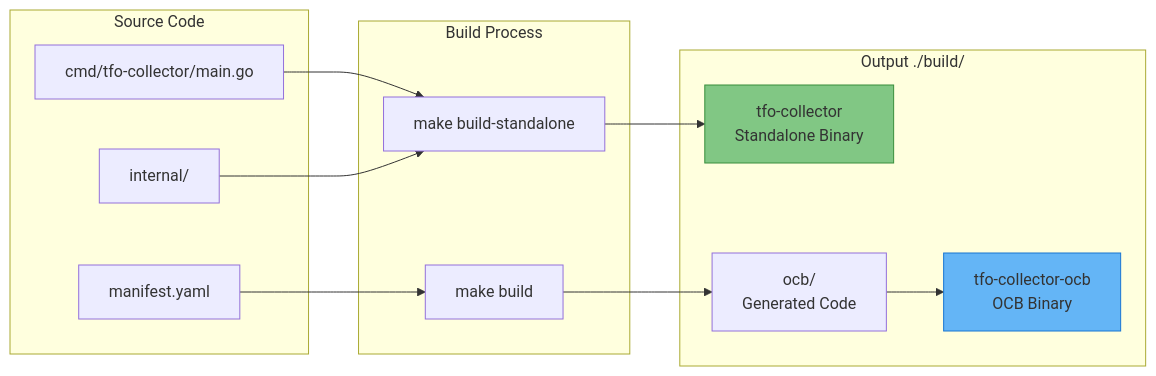
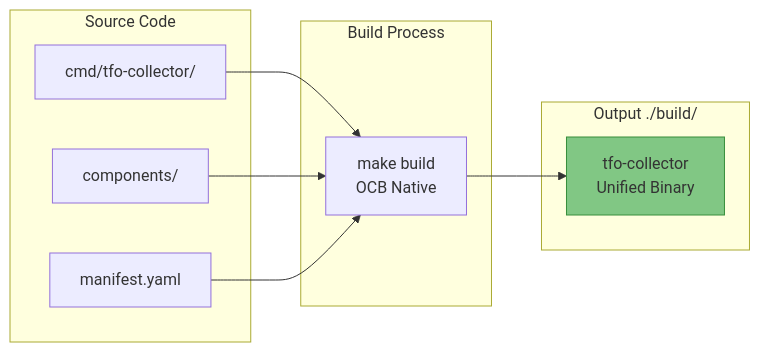
Before and after one commit to telemetryflow/telemetryflow-collector: the first of 3 diagrams in docs/BUILD-SYSTEM.md, drawn with Mermaid. The commit also changed other lines of this file and 126 other files, not shown here.

Commit message:
Enhance TFO Collector (Native OCB) v1.1.2 integration & Rebuild Pipeline

````diff
--- a/docs/BUILD-SYSTEM.md
+++ b/docs/BUILD-SYSTEM.md
@@ -16,30 +16,23 @@
 ```mermaid
 graph LR
     subgraph "Source Code"
-        CMD[cmd/tfo-collector/main.go]
-        INTERNAL[internal/]
+        CMD[cmd/tfo-collector/]
+        COMPONENTS[components/]
         MANIFEST[manifest.yaml]
     end
 
     subgraph "Build Process"
-        STANDALONE[make build-standalone]
-        OCB[make build]
+        OCB[make build<br/>OCB Native]
     end
 
     subgraph "Output ./build/"
-        BIN1[tfo-collector<br/>Standalone Binary]
-        BIN2[tfo-collector-ocb<br/>OCB Binary]
-        OCB_DIR[ocb/<br/>Generated Code]
+        BIN[tfo-collector<br/>Unified Binary]
     end
 
-    CMD --> STANDALONE
-    INTERNAL --> STANDALONE
-    STANDALONE --> BIN1
+    CMD --> OCB
+    COMPONENTS --> OCB
+    MANIFEST --> OCB
+    OCB --> BIN
 
-    MANIFEST --> OCB
-    OCB --> OCB_DIR
-    OCB_DIR --> BIN2
-
-    style BIN1 fill:#81C784,stroke:#388E3C
-    style BIN2 fill:#64B5F6,stroke:#1976D2
+    style BIN fill:#81C784,stroke:#388E3C
 ```
````
